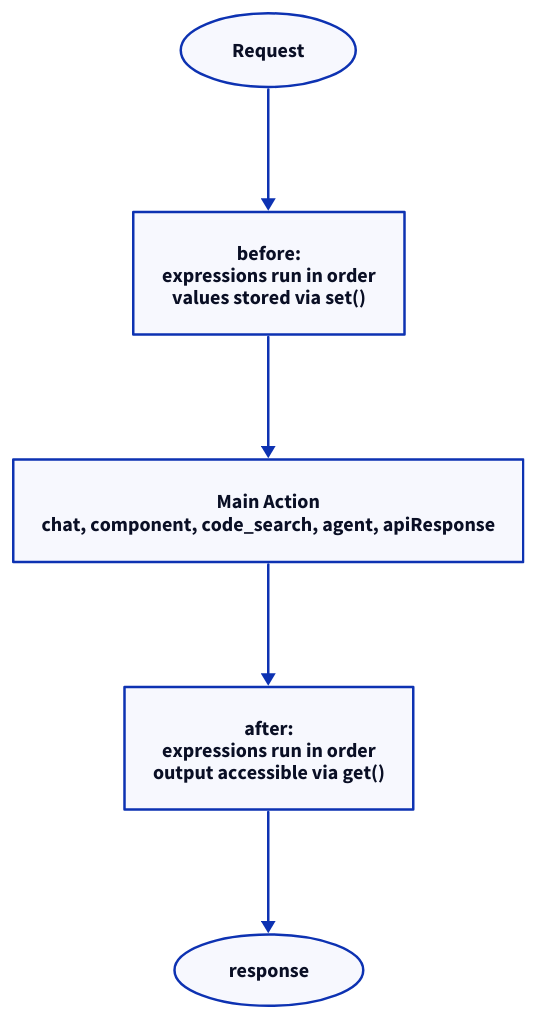
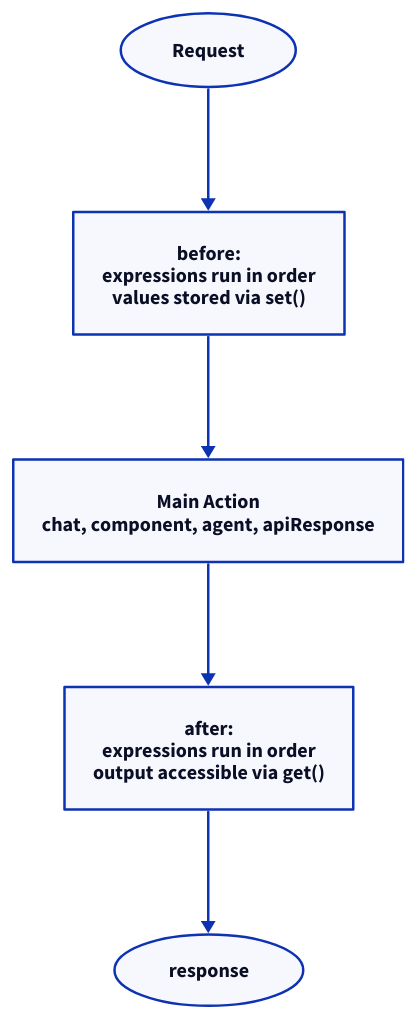
The diagram in docs/v2/reference/expr-blocks.md (kdeps/kdeps), drawn with D2 before and after one commit. The commit also changed 36 other files, not shown here.

````diff
--- a/docs/v2/reference/expr-blocks.md
+++ b/docs/v2/reference/expr-blocks.md
@@ -111,11 +111,11 @@
 ```d2
 direction: down
 
 A: Request {shape: oval}
 B: "before:\nexpressions run in order\nvalues stored via set()"
-C: "Main Action\nchat, component, code_search, agent, apiResponse"
+C: "Main Action\nchat, component, agent, apiResponse"
 D: "after:\nexpressions run in order\noutput accessible via get()"
 E: response {shape: oval}
 
 A -> B -> C -> D -> E
 ```
````
